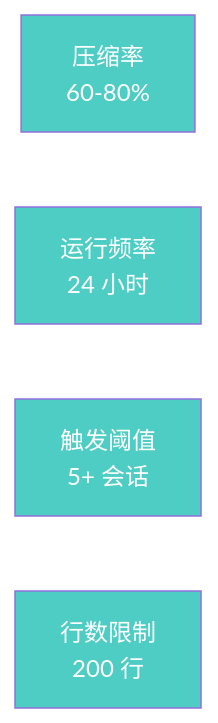
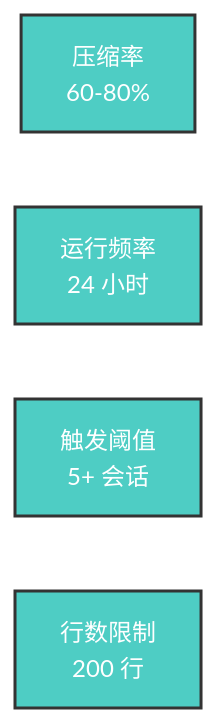
Diagram 11 of 11 in docs/research/claude-code-auto-dream.md (yufengyuanx/blog), drawn with Mermaid before and after one commit. The commit also changed other lines of this file, not shown here.

Commit message:
fix: 修复所有 Mermaid 图表字体大小和语法问题

````diff
--- a/docs/research/claude-code-auto-dream.md
+++ b/docs/research/claude-code-auto-dream.md
@@ -651,12 +661,13 @@
 ```mermaid
+%%{init: {'theme': 'default', 'themeVariables': { 'fontSize': '16px', 'nodeBorder': '#2c3e50', 'clusterBkg': '#f8f9fa' }}}%%
 graph LR
-    A[压缩率<br/>60-80%] 
-    B[运行频率<br/>24 小时]
-    C[触发阈值<br/>5+ 会话]
-    D[行数限制<br/>200 行]
+    A[压缩率\n60-80%] 
+    B[运行频率\n24 小时]
+    C[触发阈值\n5+ 会话]
+    D[行数限制\n200 行]
     
-    style A fill:#4ecdc4,color:#fff
-    style B fill:#4ecdc4,color:#fff
-    style C fill:#4ecdc4,color:#fff
-    style D fill:#4ecdc4,color:#fff
+    style A fill:#4ecdc4,color:#fff,stroke:#333,stroke-width:2px
+    style B fill:#4ecdc4,color:#fff,stroke:#333,stroke-width:2px
+    style C fill:#4ecdc4,color:#fff,stroke:#333,stroke-width:2px
+    style D fill:#4ecdc4,color:#fff,stroke:#333,stroke-width:2px
 ```
````
